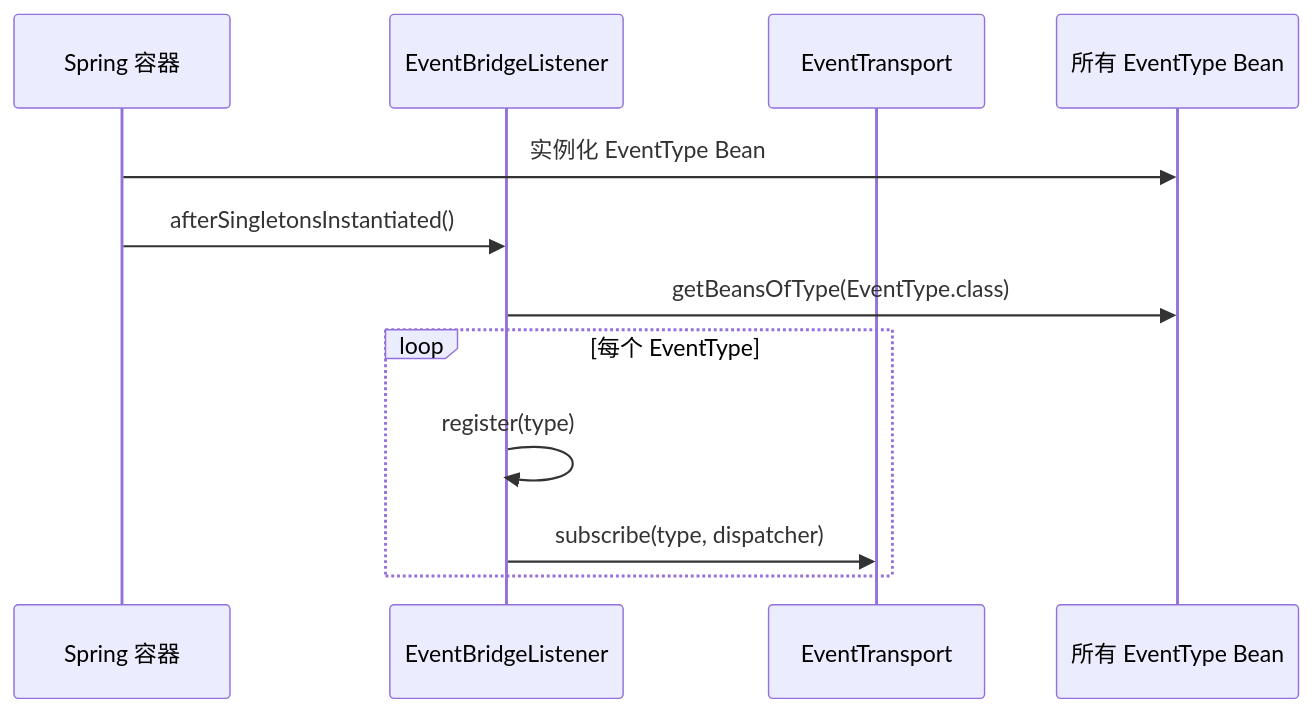
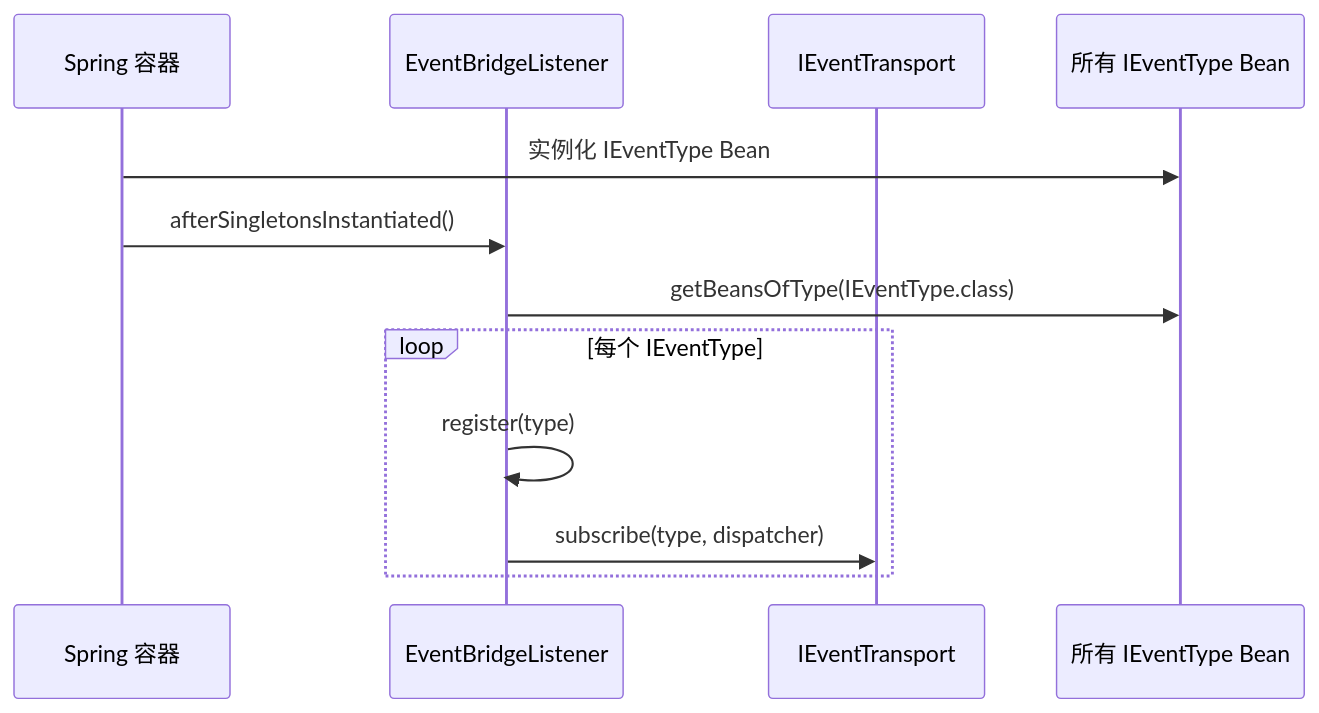
One commit to douhao4648/frame-me-parent changed the fourth of 6 diagrams in docs/guides/event-bridge.md. Above: the diagram before and after it, drawn with Mermaid. The commit also changed other lines of this file and 83 other files, not shown here.

````diff
--- a/docs/guides/event-bridge.md
+++ b/docs/guides/event-bridge.md
@@ -96,15 +98,15 @@
 ```mermaid
 sequenceDiagram
     participant Spring as Spring 容器
     participant Listener as EventBridgeListener
-    participant Transport as EventTransport
-    participant Types as 所有 EventType Bean
+    participant Transport as IEventTransport
+    participant Types as 所有 IEventType Bean
 
-    Spring->>Types: 实例化 EventType Bean
+    Spring->>Types: 实例化 IEventType Bean
     Spring->>Listener: afterSingletonsInstantiated()
-    Listener->>Types: getBeansOfType(EventType.class)
-    loop 每个 EventType
+    Listener->>Types: getBeansOfType(IEventType.class)
+    loop 每个 IEventType
         Listener->>Listener: register(type)
         Listener->>Transport: subscribe(type, dispatcher)
     end
 ```
````
